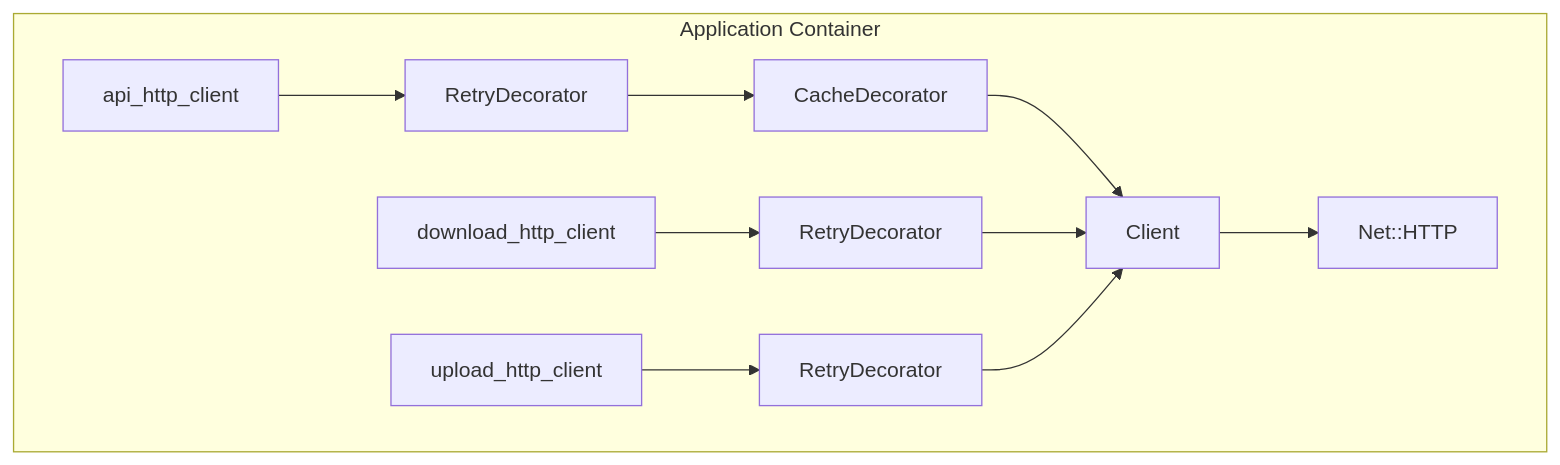
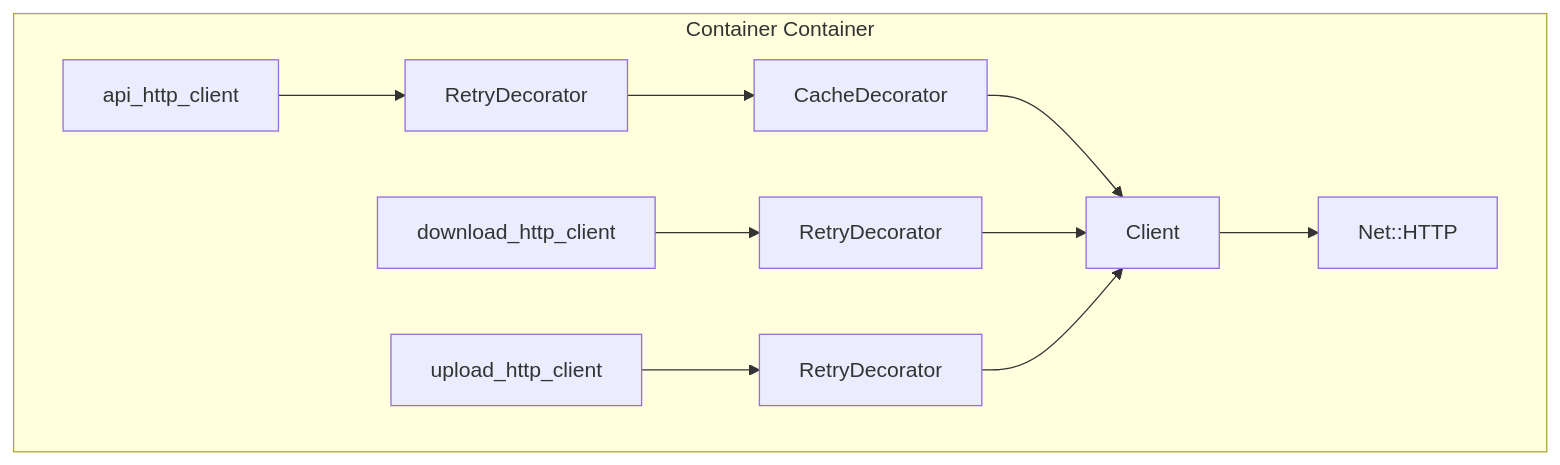
Before and after one commit to sakuro/factorix: the first of 2 diagrams in doc/components/http.md, drawn with Mermaid. The commit also changed other lines of this file and 58 other files, not shown here.

First line of the commit message:
:recycle: Rename Application to Container

````diff
--- a/doc/components/http.md
+++ b/doc/components/http.md
@@ -7,19 +7,19 @@
 ```mermaid
 graph TD
-    subgraph Application Container
+    subgraph Container Container
         api[api_http_client]
         download[download_http_client]
         upload[upload_http_client]
 
         api --> retry1[RetryDecorator]
         download --> retry2[RetryDecorator]
         upload --> retry3[RetryDecorator]
 
         retry1 --> cache[CacheDecorator]
         cache --> client[Client]
         retry2 --> client
         retry3 --> client
 
         client --> nethttp[Net::HTTP]
     end
 ```
````
